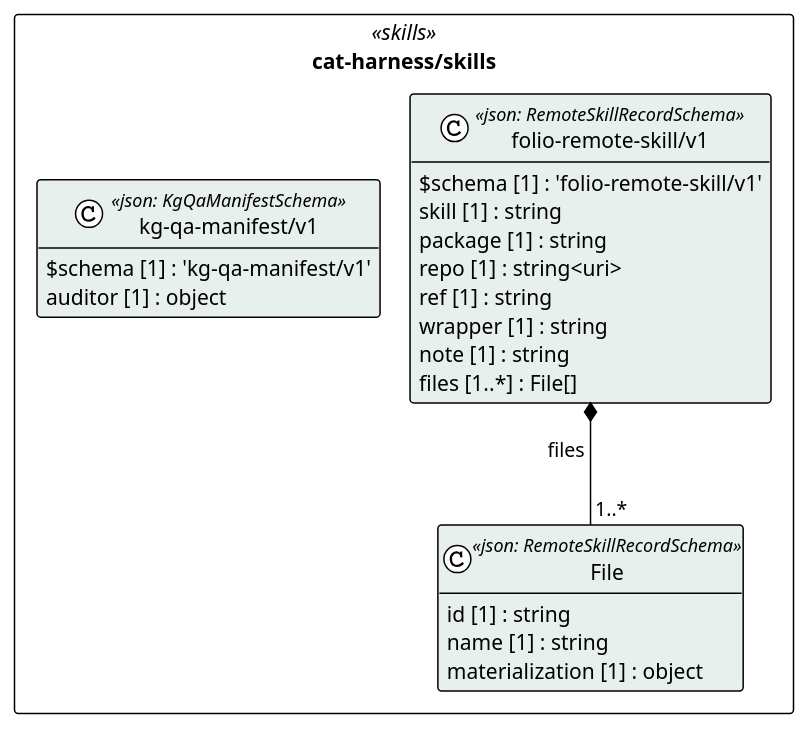
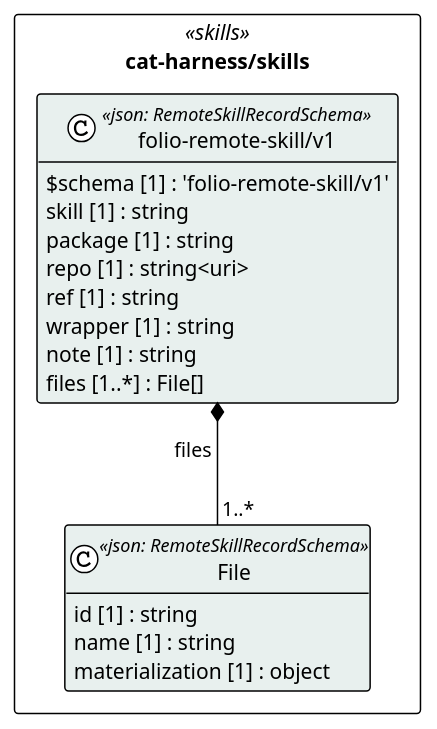
Before and after one commit to litlfred/folio-assistant: the diagram in cat-harness/uml/overview/cat-harness/skills.puml, drawn with PlantUML. The commit also changed 275 other files, not shown here.

```diff
--- a/cat-harness/uml/overview/cat-harness/skills.puml
+++ b/cat-harness/uml/overview/cat-harness/skills.puml
@@ -3,32 +3,28 @@
 @startuml cat_harness_skills
 !pragma layout elk
 !theme plain
 skinparam classAttributeIconSize 0
 skinparam shadowing false
 skinparam packageStyle rectangle
 hide empty methods
 
 package "cat-harness/skills" as pkg_cat_harness_skills <<skills>> {
-  class "kg-qa-manifest/v1" as cat_harness_skills_kg_qa_manifest_v1_kg_qa_manifest_v1 <<json: KgQaManifestSchema>> #e8f0ee {
-    $schema [1] : 'kg-qa-manifest/v1'
-    auditor [1] : object
-  }
   class "File" as cat_harness_skills_folio_remote_skill_v1_File <<json: RemoteSkillRecordSchema>> #e8f0ee {
     id [1] : string
     name [1] : string
     materialization [1] : object
   }
   class "folio-remote-skill/v1" as cat_harness_skills_folio_remote_skill_v1_folio_remote_skill_v1 <<json: RemoteSkillRecordSchema>> #e8f0ee {
     $schema [1] : 'folio-remote-skill/v1'
     skill [1] : string
     package [1] : string
     repo [1] : string<uri>
     ref [1] : string
     wrapper [1] : string
     note [1] : string
     files [1..*] : File[]
   }
 }
 
 cat_harness_skills_folio_remote_skill_v1_folio_remote_skill_v1 *-- "1..*" cat_harness_skills_folio_remote_skill_v1_File : files
 @enduml
```
